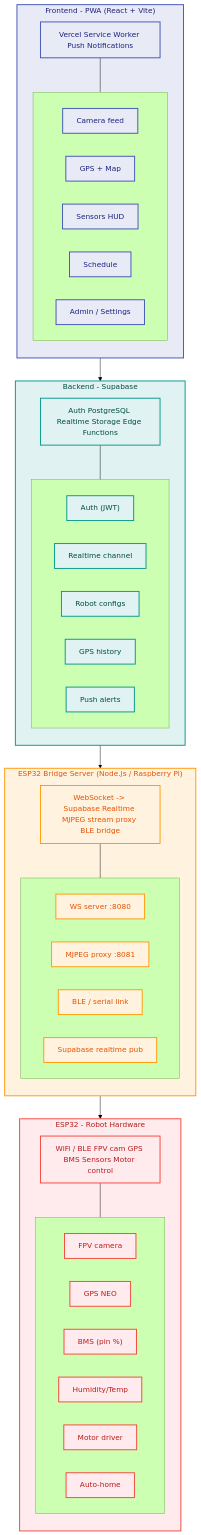
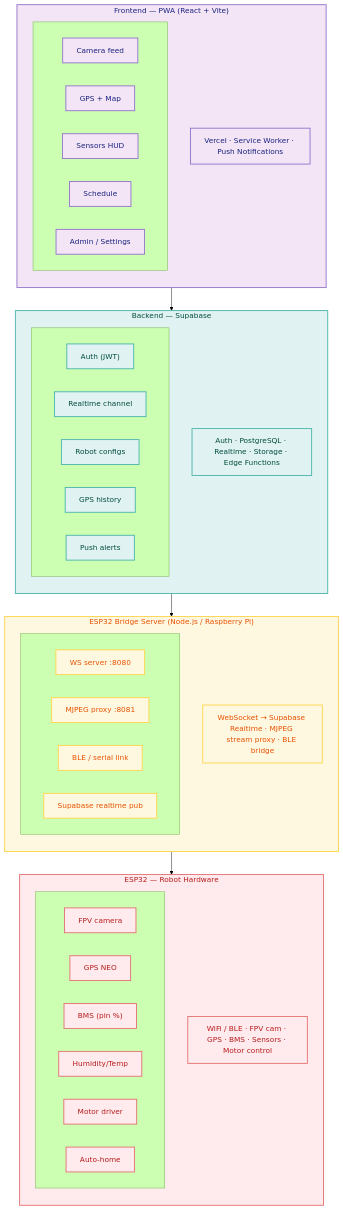
Before and after one commit to emyeukhoahocfpt-a1009/green-urban-robot: the first of 2 diagrams in README.md, drawn with Mermaid (forest theme). The commit also changed other lines of this file, not shown here.

````diff
--- a/README.md
+++ b/README.md
@@ -32,73 +32,68 @@
 ```mermaid
 graph TD
-    %% Global styles
-    classDef frontend fill:#e8eaf6,stroke:#3f51b5,stroke-width:2px,color:#1a237e;
-    classDef backend fill:#e0f2f1,stroke:#009688,stroke-width:2px,color:#004d40;
-    classDef bridge fill:#fff3e0,stroke:#ff9800,stroke-width:2px,color:#e65100;
-    classDef hardware fill:#ffebee,stroke:#f44336,stroke-width:2px,color:#b71c1c;
+    classDef frontend fill:#f3e5f5,stroke:#9575cd,stroke-width:2px,color:#1a237e;
+    classDef backend fill:#e0f2f1,stroke:#4db6ac,stroke-width:2px,color:#004d40;
+    classDef bridge fill:#fff8e1,stroke:#ffd54f,stroke-width:2px,color:#e65100;
+    classDef hardware fill:#ffebee,stroke:#e57373,stroke-width:2px,color:#b71c1c;
 
-    subgraph Frontend ["Frontend - PWA (React + Vite)"]
+    subgraph FE ["Frontend — PWA (React + Vite)"]
         direction TB
-        PWA["Vercel Service Worker Push Notifications"]
-        subgraph F_Comp [" "]
+        FE_DESC["Vercel · Service Worker · Push Notifications"]
+        subgraph FE_C [" "]
             direction LR
-            A1["Camera feed"]
-            A2["GPS + Map"]
-            A3["Sensors HUD"]
-            A4["Schedule"]
-            A5["Admin / Settings"]
+            FE1["Camera feed"]
+            FE2["GPS + Map"]
+            FE3["Sensors HUD"]
+            FE4["Schedule"]
+            FE5["Admin / Settings"]
         end
-        PWA --- F_Comp
     end
 
-    subgraph Backend ["Backend - Supabase"]
+    subgraph BE ["Backend — Supabase"]
         direction TB
-        Supa["Auth PostgreSQL Realtime Storage Edge Functions"]
-        subgraph B_Comp [" "]
+        BE_DESC["Auth · PostgreSQL · Realtime · Storage · Edge Functions"]
+        subgraph BE_C [" "]
             direction LR
-            B1["Auth (JWT)"]
-            B2["Realtime channel"]
-            B3["Robot configs"]
-            B4["GPS history"]
-            B5["Push alerts"]
+            BE1["Auth (JWT)"]
+            BE2["Realtime channel"]
+            BE3["Robot configs"]
+            BE4["GPS history"]
+            BE5["Push alerts"]
         end
-        Supa --- B_Comp
     end
 
-    subgraph Bridge ["ESP32 Bridge Server (Node.js / Raspberry Pi)"]
+    subgraph BR ["ESP32 Bridge Server (Node.js / Raspberry Pi)"]
         direction TB
-        Node["WebSocket -> Supabase Realtime MJPEG stream proxy BLE bridge"]
-        subgraph C_Comp [" "]
+        BR_DESC["WebSocket → Supabase Realtime · MJPEG stream proxy · BLE bridge"]
+        subgraph BR_C [" "]
             direction LR
-            C1["WS server :8080"]
-            C2["MJPEG proxy :8081"]
-            C3["BLE / serial link"]
-            C4["Supabase realtime pub"]
+            BR1["WS server :8080"]
+            BR2["MJPEG proxy :8081"]
+            BR3["BLE / serial link"]
+            BR4["Supabase realtime pub"]
         end
-        Node --- C_Comp
     end
 
-    subgraph Hardware ["ESP32 - Robot Hardware"]
+    subgraph HW ["ESP32 — Robot Hardware"]
         direction TB
-        ESP["WiFi / BLE FPV cam GPS BMS Sensors Motor control"]
-        subgraph D_Comp [" "]
+        HW_DESC["WiFi / BLE · FPV cam · GPS · BMS · Sensors · Motor control"]
+        subgraph HW_C [" "]
             direction LR
-            D1["FPV camera"]
-            D2["GPS NEO"]
-            D3["BMS (pin %)"]
-            D4["Humidity/Temp"]
-            D5["Motor driver"]
-            D6["Auto-home"]
+            HW1["FPV camera"]
+            HW2["GPS NEO"]
+            HW3["BMS (pin %)"]
+            HW4["Humidity/Temp"]
+            HW5["Motor driver"]
+            HW6["Auto-home"]
         end
-        ESP --- D_Comp
     end
 
-    Frontend --> Backend
-    Backend --> Bridge
-    Bridge --> Hardware
+    FE --> BE
+    BE --> BR
+    BR --> HW
 
-    class Frontend,PWA,A1,A2,A3,A4,A5 frontend;
-    class Backend,Supa,B1,B2,B3,B4,B5 backend;
-    class Bridge,Node,C1,C2,C3,C4 bridge;
-    class Hardware,ESP,D1,D2,D3,D4,D5,D6 hardware;
+    class FE,FE_DESC,FE1,FE2,FE3,FE4,FE5 frontend;
+    class BE,BE_DESC,BE1,BE2,BE3,BE4,BE5 backend;
+    class BR,BR_DESC,BR1,BR2,BR3,BR4 bridge;
+    class HW,HW_DESC,HW1,HW2,HW3,HW4,HW5,HW6 hardware;
 ```
````
